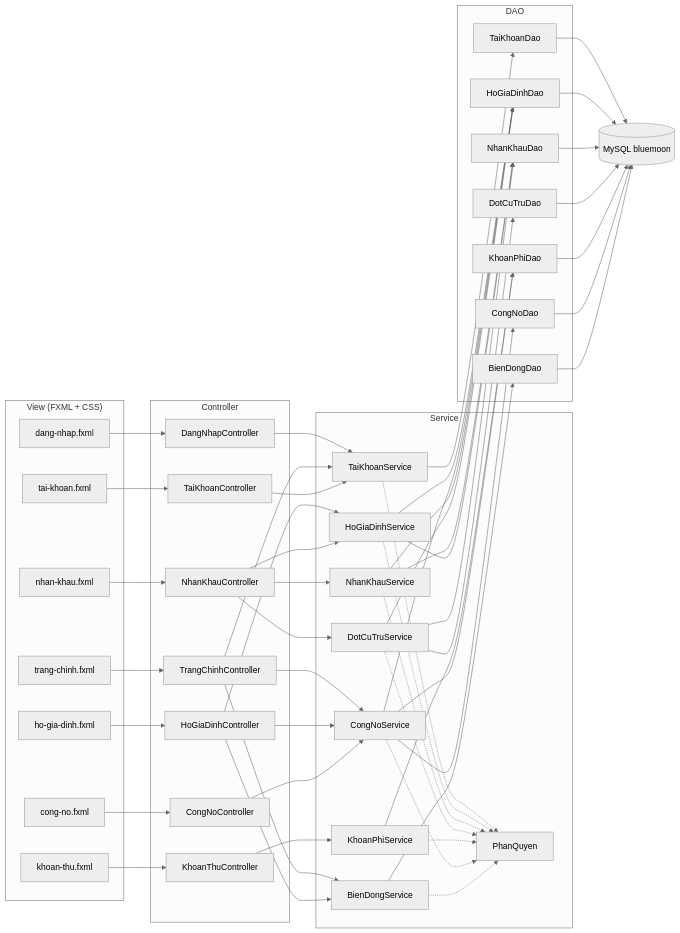
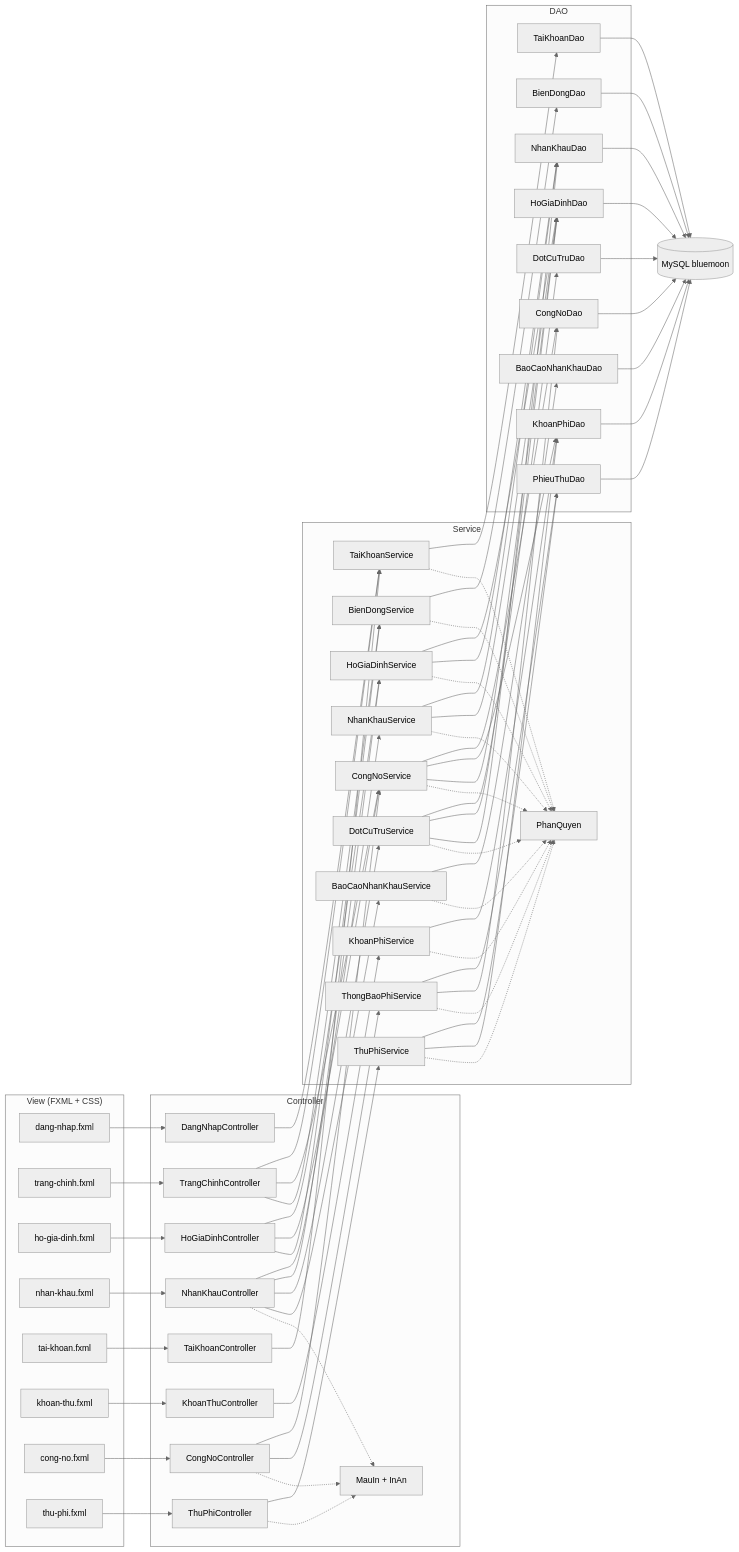
The first of 2 diagrams in docs/design/class-diagram.md (khanhdoan4106/IT3180-CNPM-Project-Group-16), drawn with Mermaid (neutral theme) before and after one commit. The commit also changed other lines of this file and 7 other files, not shown here.

````diff
--- a/docs/design/class-diagram.md
+++ b/docs/design/class-diagram.md
@@ -8,64 +8,78 @@
 ```mermaid
 flowchart LR
     subgraph View["View (FXML + CSS)"]
         V1[dang-nhap.fxml]
         V2[trang-chinh.fxml]
         V3[ho-gia-dinh.fxml]
         V4[nhan-khau.fxml]
         V5[tai-khoan.fxml]
         V6[khoan-thu.fxml]
         V7[cong-no.fxml]
+        V8[thu-phi.fxml]
     end
     subgraph Controller
         C1[DangNhapController]
         C2[TrangChinhController]
         C3[HoGiaDinhController]
         C4[NhanKhauController]
         C5[TaiKhoanController]
         C6[KhoanThuController]
         C7[CongNoController]
+        C8[ThuPhiController]
+        IN[MauIn + InAn]
     end
     subgraph Service
         S1[TaiKhoanService]
         S2[HoGiaDinhService]
         S3[NhanKhauService]
         S4[DotCuTruService]
         S5[KhoanPhiService]
         S6[CongNoService]
         S7[BienDongService]
+        S8[ThuPhiService]
+        S9[ThongBaoPhiService]
+        S10[BaoCaoNhanKhauService]
         PQ[PhanQuyen]
     end
     subgraph DAO
         D1[TaiKhoanDao]
         D2[HoGiaDinhDao]
         D3[NhanKhauDao]
         D4[DotCuTruDao]
         D5[KhoanPhiDao]
         D6[CongNoDao]
         D7[BienDongDao]
+        D8[PhieuThuDao]
+        D9[BaoCaoNhanKhauDao]
     end
     DB[(MySQL bluemoon)]
 
     V1 --> C1 --> S1 --> D1
     V2 --> C2
     C2 --> S1
     C2 --> S6
     C2 --> S7
     V3 --> C3 --> S2 --> D2
     C3 --> S6
     C3 --> S7 --> D7
     V4 --> C4 --> S3 --> D3
     C4 --> S2
     C4 --> S4 --> D4
     V5 --> C5 --> S1
     V6 --> C6 --> S5 --> D5
     V7 --> C7 --> S6 --> D6
     S6 --> D5
     S6 --> D2
     S2 --> D3
     S3 --> D2
     S4 --> D2
     S4 --> D3
-    S1 & S2 & S3 & S4 & S5 & S6 & S7 -.-> PQ
-    D1 & D2 & D3 & D4 & D5 & D6 & D7 --> DB
+    V8 --> C8 --> S8 --> D8
+    S8 --> D5
+    C7 --> S9 --> D8
+    S9 --> D6
+    C4 --> S10 --> D9
+    C7 & C8 & C4 -.-> IN
+    S1 & S2 & S3 & S4 & S5 & S6 & S7 & S8 & S9 & S10 -.-> PQ
+    D1 & D2 & D3 & D4 & D5 & D6 & D7 & D8 & D9 --> DB
 ```
````
